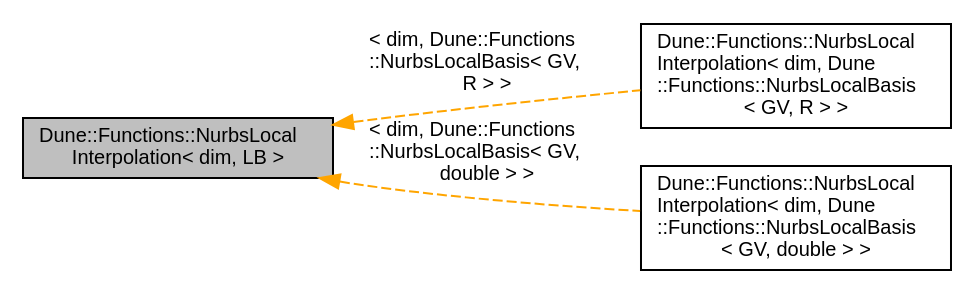
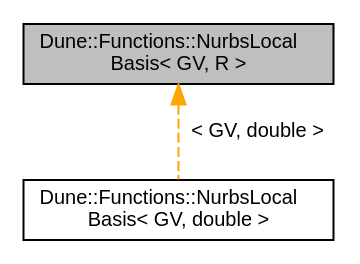
Before and after one commit to rath3t/dune-iga-doc: the diagram in d1/d0d/a01191.dot, drawn with Graphviz. The commit also changed 834 other files, not shown here.

```diff
--- a/d1/d0d/a01191.dot
+++ b/d1/d0d/a01191.dot
@@ -1,12 +1,9 @@
-digraph "Dune::Functions::NurbsLocalInterpolation&lt; dim, LB &gt;"
+digraph "Dune::Functions::NurbsLocalBasis&lt; GV, R &gt;"
 {
  // LATEX_PDF_SIZE
   edge [fontname="Helvetica",fontsize="10",labelfontname="Helvetica",labelfontsize="10"];
   node [fontname="Helvetica",fontsize="10",shape=record];
-  rankdir="LR";
-  Node1 [label="Dune::Functions::NurbsLocal\lInterpolation\< dim, LB \>",height=0.2,width=0.4,color="black", fillcolor="grey75", style="filled", fontcolor="black",tooltip="Local interpolation in the sense of dune-localfunctions, for the B-spline basis on tensor-product gri..."];
-  Node1 -> Node2 [dir="back",color="orange",fontsize="10",style="dashed",label=" \< dim, Dune::Functions\l::NurbsLocalBasis\< GV,\l R \> \>" ,fontname="Helvetica"];
-  Node2 [label="Dune::Functions::NurbsLocal\lInterpolation\< dim, Dune\l::Functions::NurbsLocalBasis\l\< GV, R \> \>",height=0.2,width=0.4,color="black", fillcolor="white", style="filled",URL="$d2/db4/a01192.html",tooltip=" "];
-  Node1 -> Node3 [dir="back",color="orange",fontsize="10",style="dashed",label=" \< dim, Dune::Functions\l::NurbsLocalBasis\< GV,\l double \> \>" ,fontname="Helvetica"];
-  Node3 [label="Dune::Functions::NurbsLocal\lInterpolation\< dim, Dune\l::Functions::NurbsLocalBasis\l\< GV, double \> \>",height=0.2,width=0.4,color="black", fillcolor="white", style="filled",URL="$d2/db4/a01192.html",tooltip=" "];
+  Node1 [label="Dune::Functions::NurbsLocal\lBasis\< GV, R \>",height=0.2,width=0.4,color="black", fillcolor="grey75", style="filled", fontcolor="black",tooltip="LocalBasis class in the sense of dune-localfunctions, presenting the restriction of a B-spline patch ..."];
+  Node1 -> Node2 [dir="back",color="orange",fontsize="10",style="dashed",label=" \< GV, double \>" ,fontname="Helvetica"];
+  Node2 [label="Dune::Functions::NurbsLocal\lBasis\< GV, double \>",height=0.2,width=0.4,color="black", fillcolor="white", style="filled",URL="$d2/db4/a01192.html",tooltip=" "];
 }
```
